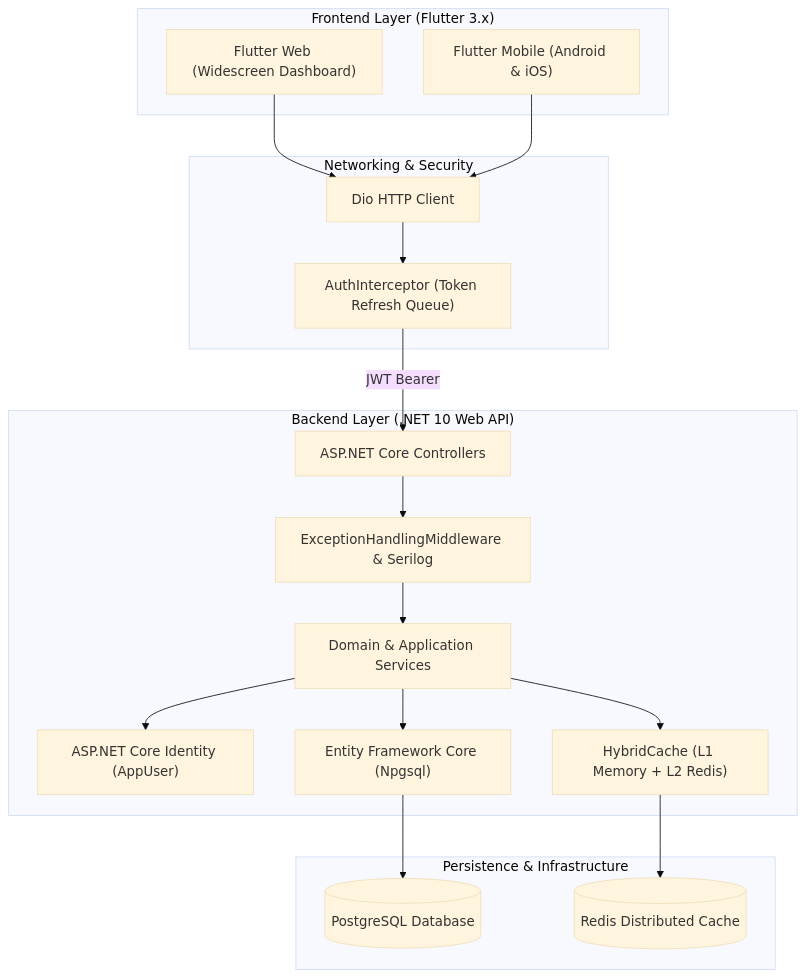
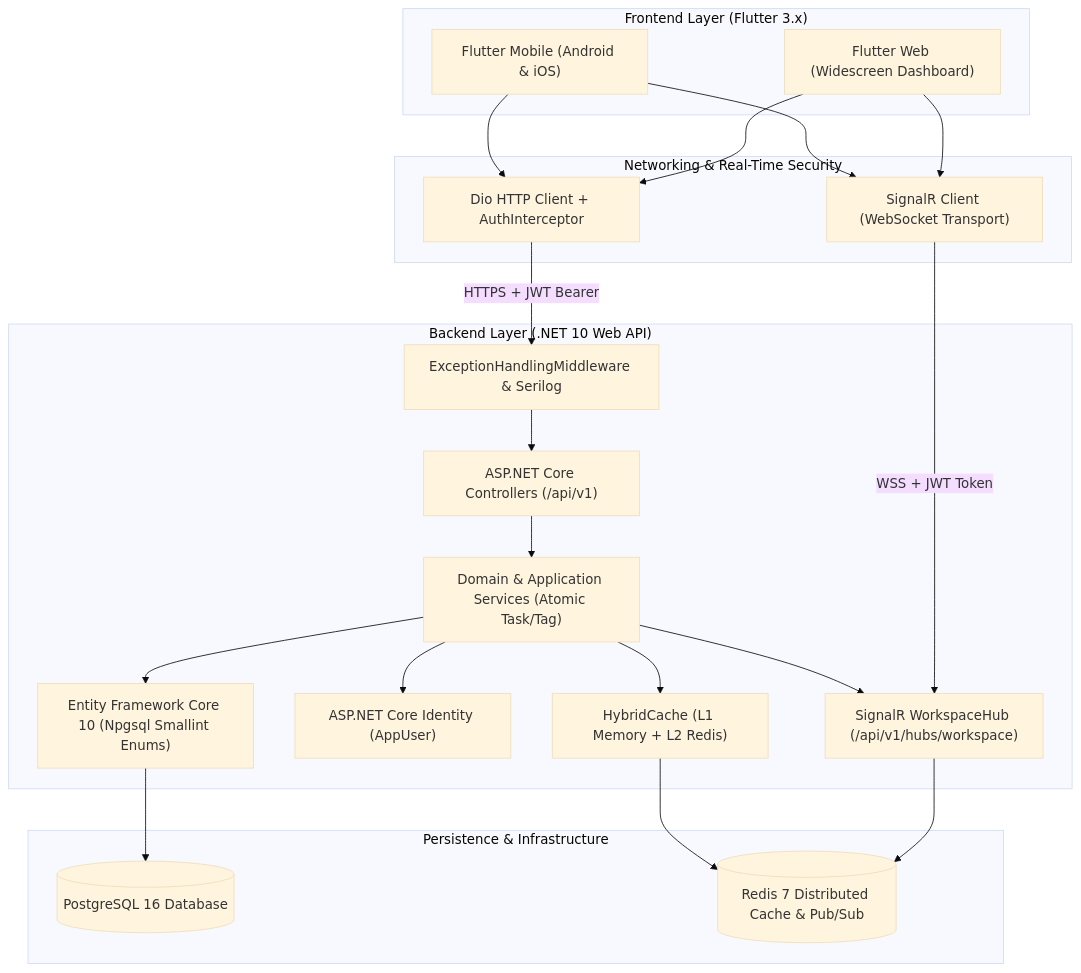
The diagram in docs/README.md (Clark605/ProjectHub), drawn with Mermaid (base theme) before and after one commit. The commit also changed other lines of this file and 8 other files, not shown here.

````diff
--- a/docs/README.md
+++ b/docs/README.md
@@ -41,38 +41,43 @@
 ```mermaid
 graph TB
     subgraph Clients ["Frontend Layer (Flutter 3.x)"]
         Web["Flutter Web (Widescreen Dashboard)"]
         Mobile["Flutter Mobile (Android & iOS)"]
     end
 
-    subgraph Gateway ["Networking & Security"]
-        Dio["Dio HTTP Client"]
-        AuthInterceptor["AuthInterceptor (Token Refresh Queue)"]
+    subgraph Gateway ["Networking & Real-Time Security"]
+        Dio["Dio HTTP Client + AuthInterceptor"]
+        SignalRClient["SignalR Client (WebSocket Transport)"]
     end
 
     subgraph Backend ["Backend Layer (.NET 10 Web API)"]
-        API["ASP.NET Core Controllers"]
+        API["ASP.NET Core Controllers (/api/v1)"]
+        Hub["SignalR WorkspaceHub (/api/v1/hubs/workspace)"]
         Middleware["ExceptionHandlingMiddleware & Serilog"]
-        Services["Domain & Application Services"]
+        Services["Domain & Application Services (Atomic Task/Tag)"]
         Identity["ASP.NET Core Identity (AppUser)"]
-        EF["Entity Framework Core (Npgsql)"]
+        EF["Entity Framework Core 10 (Npgsql Smallint Enums)"]
         Cache["HybridCache (L1 Memory + L2 Redis)"]
     end
 
     subgraph Storage ["Persistence & Infrastructure"]
-        Postgres[(PostgreSQL Database)]
-        Redis[(Redis Distributed Cache)]
+        Postgres[(PostgreSQL 16 Database)]
+        Redis[(Redis 7 Distributed Cache & Pub/Sub)]
     end
 
     Web --> Dio
+    Web --> SignalRClient
     Mobile --> Dio
-    Dio --> AuthInterceptor
-    AuthInterceptor -->|JWT Bearer| API
-    API --> Middleware
-    Middleware --> Services
+    Mobile --> SignalRClient
+    Dio -->|HTTPS + JWT Bearer| Middleware
+    SignalRClient -->|WSS + JWT Token| Hub
+    Middleware --> API
+    API --> Services
+    Services --> Hub
     Services --> Identity
     Services --> EF
     Services --> Cache
+    Hub --> Redis
     EF --> Postgres
     Cache --> Redis
 ```
````
